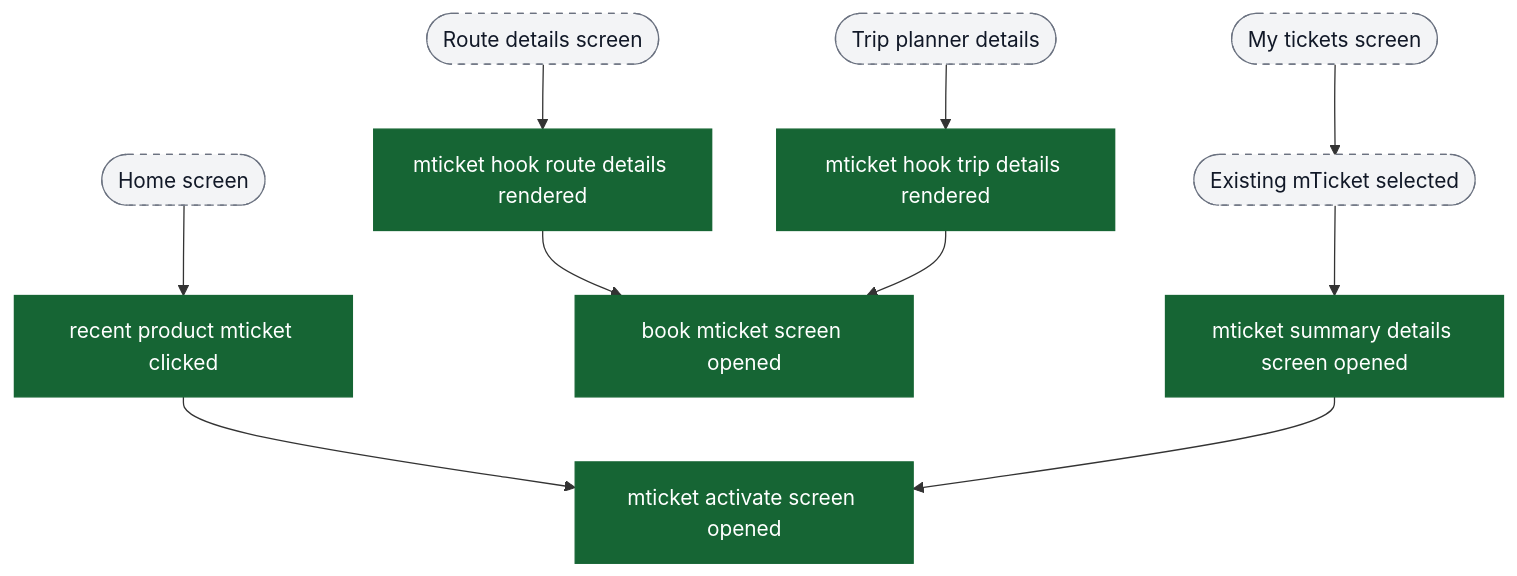
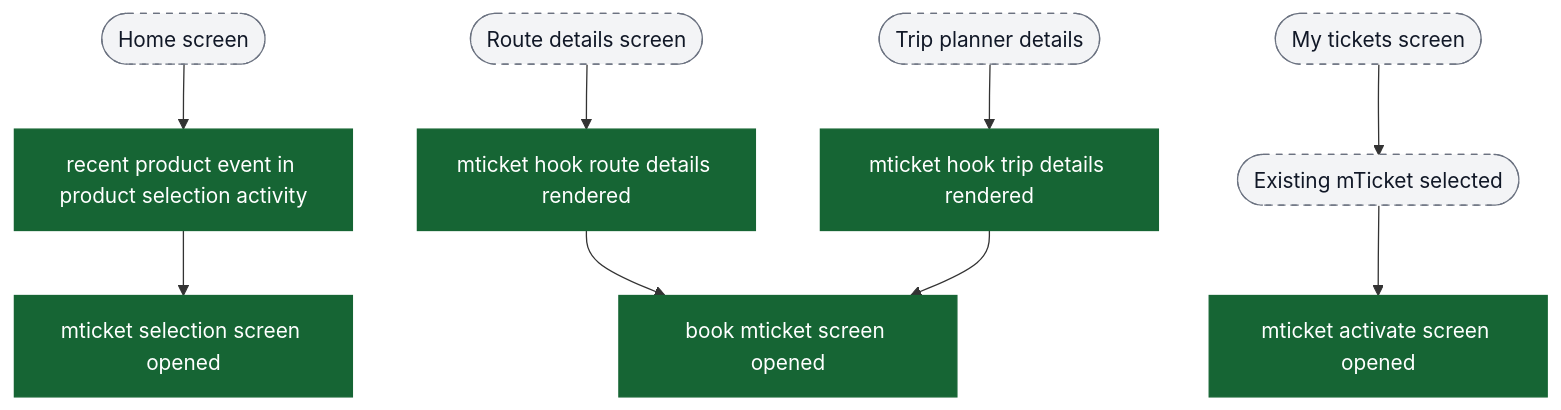
One commit to ratulsarna/chalo-app-dashboard changed diagram 16 of 17 in content/analytics/mticket/flow-diagrams.md. Above: the diagram before and after it, drawn with Mermaid. The commit also changed other lines of this file and 3 other files, not shown here.

Commit message:
feat(analytics): update mTicket and Trip Planner event definitions and flow diagrams

````diff
--- a/content/analytics/mticket/flow-diagrams.md
+++ b/content/analytics/mticket/flow-diagrams.md
@@ -380,22 +411,21 @@
 ```mermaid
 flowchart TD
-  ui_home([Home screen]) --> ev_recentProductClicked["recent product mticket clicked"]
-  ev_recentProductClicked --> ev_activateScreenOpen["mticket activate screen opened"]
+  ui_home([Home screen]) --> ev_recentProductEvent["recent product event in product selection activity"]
+  ev_recentProductEvent --> ev_selectionScreenOpen["mticket selection screen opened"]
 
   ui_routeDetails([Route details screen]) --> ev_hookRouteDetails["mticket hook route details rendered"]
   ev_hookRouteDetails --> ev_bookScreenOpen["book mticket screen opened"]
 
   ui_tripPlanner([Trip planner details]) --> ev_hookTripDetails["mticket hook trip details rendered"]
   ev_hookTripDetails --> ev_bookScreenOpen
 
   ui_myTickets([My tickets screen]) --> ui_ticketClicked([Existing mTicket selected])
-  ui_ticketClicked --> ev_summaryDetailsOpen["mticket summary details screen opened"]
-  ev_summaryDetailsOpen --> ev_activateScreenOpen
+  ui_ticketClicked --> ev_activateScreenOpen["mticket activate screen opened"]
 
   classDef event fill:#166534,stroke:#166534,color:#ffffff;
   classDef ui fill:#f3f4f6,stroke:#6b7280,stroke-dasharray: 5 5,color:#111827;
   classDef external fill:#ffffff,stroke:#6b7280,stroke-dasharray: 3 3,color:#111827;
 
-  class ev_recentProductClicked,ev_activateScreenOpen,ev_hookRouteDetails,ev_bookScreenOpen,ev_hookTripDetails,ev_summaryDetailsOpen event;
+  class ev_recentProductEvent,ev_selectionScreenOpen,ev_hookRouteDetails,ev_bookScreenOpen,ev_hookTripDetails,ev_activateScreenOpen event;
   class ui_home,ui_routeDetails,ui_tripPlanner,ui_myTickets,ui_ticketClicked ui;
 ```
````
